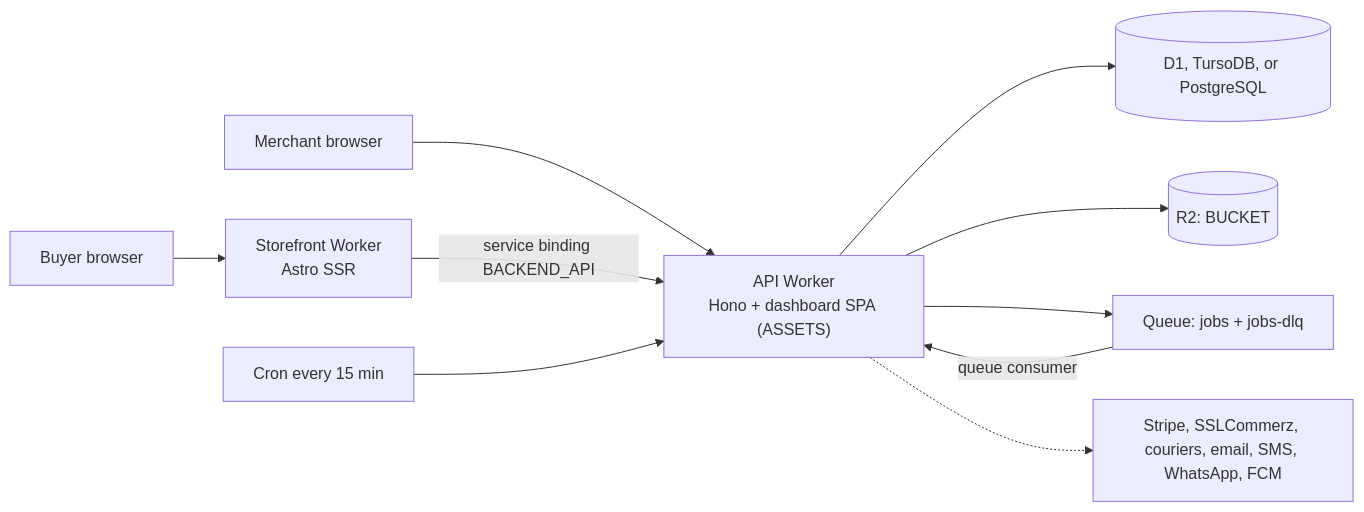
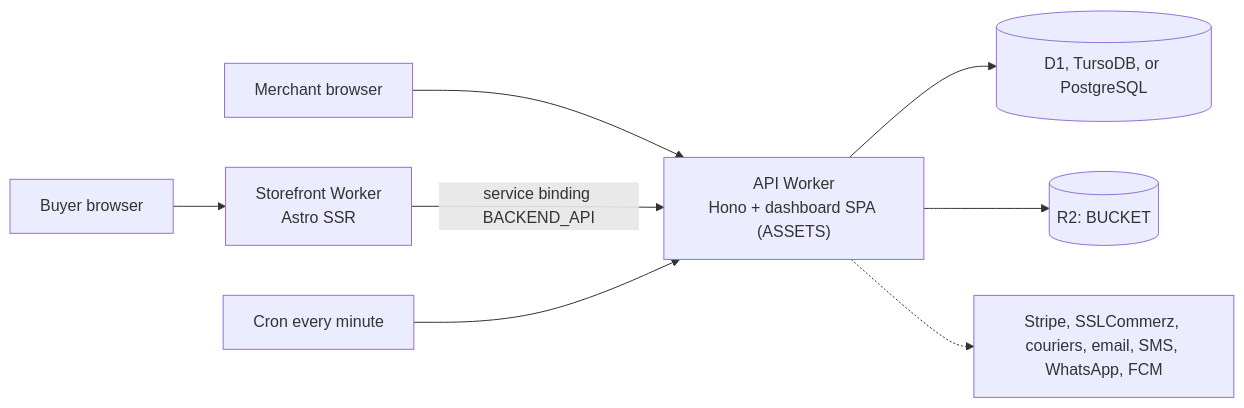
One commit to scaliuslabs/scalius-commerce-lite changed the diagram in README.md. Above: the diagram before and after it, drawn with Mermaid. The commit also changed other lines of this file and 27 other files, not shown here.

````diff
--- a/README.md
+++ b/README.md
@@ -38,12 +38,10 @@
 ```mermaid
 flowchart LR
     Buyer["Buyer browser"] --> SF["Storefront Worker<br/>Astro SSR"]
     Merchant["Merchant browser"] --> API
     SF -->|"service binding BACKEND_API"| API["API Worker<br/>Hono + dashboard SPA (ASSETS)"]
     API --> DB[("D1, TursoDB, or PostgreSQL")]
     API --> R2[("R2: BUCKET")]
-    API --> Q["Queue: jobs + jobs-dlq"]
-    Q -->|"queue consumer"| API
-    CRON["Cron every 15 min"] --> API
+    CRON["Cron every minute"] --> API
     API -.-> EXT["Stripe, SSLCommerz, couriers, email, SMS, WhatsApp, FCM"]
 ```
````
